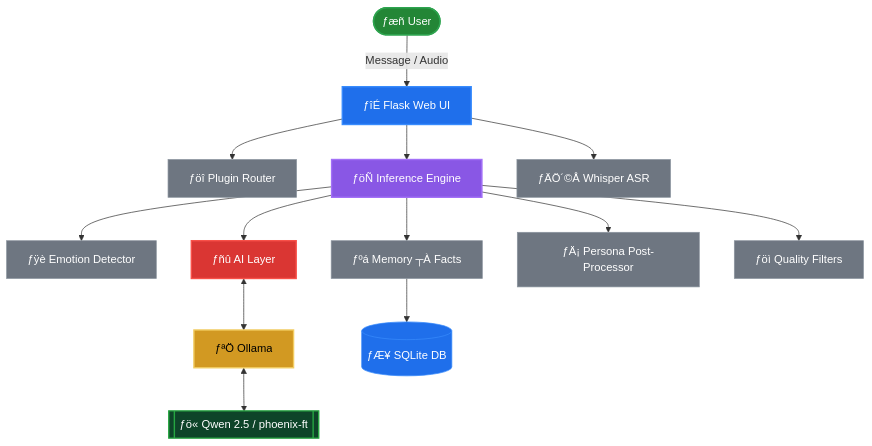
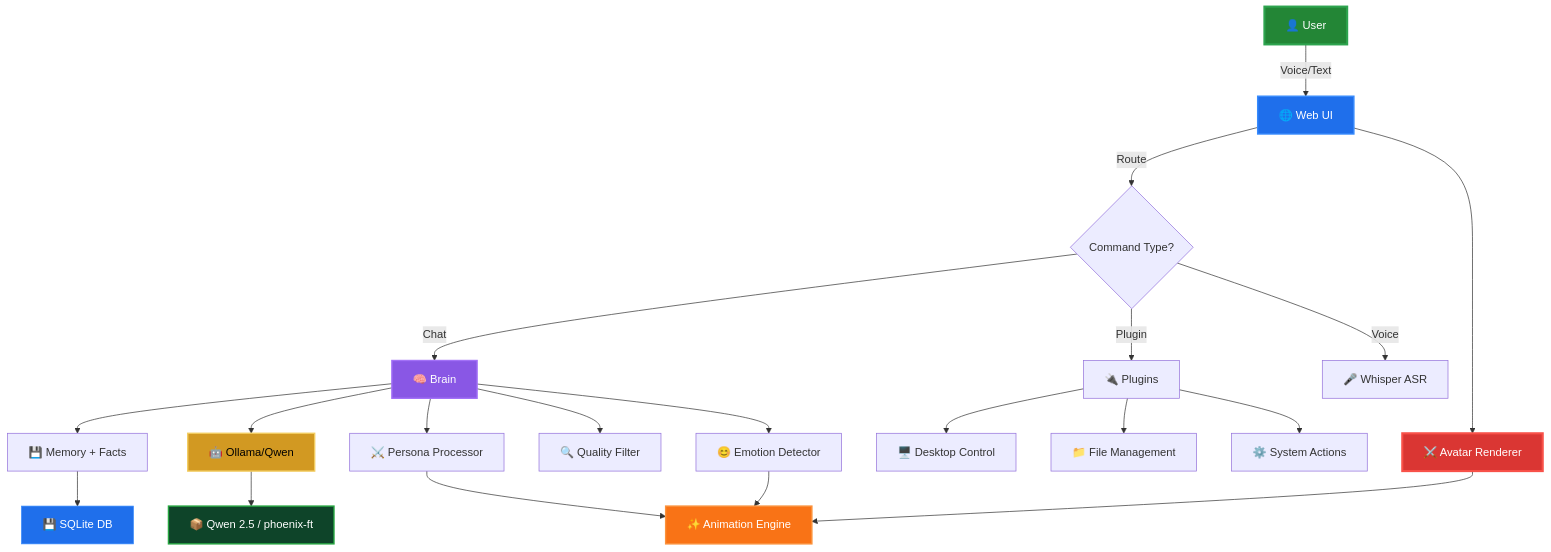
The diagram in README.md (PriveX-Technologies/Phoenix), drawn with Mermaid before and after one commit. The commit also changed other lines of this file and 4 other files, not shown here.

````diff
--- a/README.md
+++ b/README.md
@@ -483,34 +256,38 @@
 ```mermaid
 graph TD
-    User([­ƒæñ User]) -->|Message / Audio| WebUI[­ƒîÉ Flask Web UI]
-
-    WebUI --> Plugins[­ƒöî Plugin Router]
-    WebUI --> Inference[­ƒöÑ Inference Engine]
-
-    Inference --> Emotion[­ƒÿè Emotion Detector]
-    Inference --> Memory[­ƒºá Memory ┬À Facts]
-    Inference --> AI[­ƒñû AI Layer]
-    Inference --> Persona[­ƒÄ¡ Persona Post-Processor]
-    Inference --> Filters[­ƒöì Quality Filters]
-
-    WebUI --> Whisper[­ƒÄÖ´©Å Whisper ASR]
-
-    AI <--> Ollama[­ƒªÖ Ollama]
-    Ollama <--> Models[[­ƒö« Qwen 2.5 / phoenix-ft]]
-
-    Memory --> SQLite[(­ƒÆ¥ SQLite DB)]
-
-    style User fill:#238636,stroke:#2ea44f,stroke-width:2px,color:#fff
-    style WebUI fill:#1f6feb,stroke:#388bfd,stroke-width:2px,color:#fff
-    style Inference fill:#8957e5,stroke:#a371f7,stroke-width:2px,color:#fff
-    style Plugins fill:#6e7681,stroke:#8b949e,stroke-width:1px,color:#fff
-    style Whisper fill:#6e7681,stroke:#8b949e,stroke-width:1px,color:#fff
-    style Emotion fill:#6e7681,stroke:#8b949e,stroke-width:1px,color:#fff
-    style Memory fill:#6e7681,stroke:#8b949e,stroke-width:1px,color:#fff
-    style Filters fill:#6e7681,stroke:#8b949e,stroke-width:1px,color:#fff
-    style Persona fill:#6e7681,stroke:#8b949e,stroke-width:1px,color:#fff
-    style AI fill:#da3633,stroke:#f85149,stroke-width:2px,color:#fff
-    style Ollama fill:#d29922,stroke:#f2cc60,stroke-width:2px,color:#000
+    A["👤 User"] -->|Voice/Text| Web["🌐 Web UI"]
+    
+    Web -->|Route| CMD{Command Type?}
+    CMD -->|Chat| Brain["🧠 Brain"]
+    CMD -->|Plugin| Plugins["🔌 Plugins"]
+    CMD -->|Voice| Whisper["🎤 Whisper ASR"]
+    
+    Brain --> Emotion["😊 Emotion Detector"]
+    Brain --> Memory["💾 Memory + Facts"]
+    Brain --> LLM["🤖 Ollama/Qwen"]
+    Brain --> Filter["🔍 Quality Filter"]
+    Brain --> Persona["⚔️ Persona Processor"]
+    
+    Plugins --> Desktop["🖥️ Desktop Control"]
+    Plugins --> Files["📁 File Management"]
+    Plugins --> System["⚙️ System Actions"]
+    
+    Web --> Avatar["⚔️ Avatar Renderer"]
+    Avatar --> Anim["✨ Animation Engine"]
+    
+    Emotion --> Anim
+    Persona --> Anim
+    
+    Memory --> DB["💾 SQLite DB"]
+    
+    LLM --> Models["📦 Qwen 2.5 / phoenix-ft"]
+    
+    style A fill:#238636,stroke:#2ea44f,stroke-width:3px,color:#fff
+    style Web fill:#1f6feb,stroke:#388bfd,stroke-width:2px,color:#fff
+    style Brain fill:#8957e5,stroke:#a371f7,stroke-width:2px,color:#fff
+    style Avatar fill:#da3633,stroke:#f85149,stroke-width:3px,color:#fff
+    style Anim fill:#f97316,stroke:#fb923c,stroke-width:2px,color:#fff
+    style LLM fill:#d29922,stroke:#f2cc60,stroke-width:2px,color:#000
     style Models fill:#0e4429,stroke:#26a641,stroke-width:2px,color:#fff
-    style SQLite fill:#1f6feb,stroke:#388bfd,stroke-width:1px,color:#fff
+    style DB fill:#1f6feb,stroke:#388bfd,stroke-width:1px,color:#fff
 ```
````
